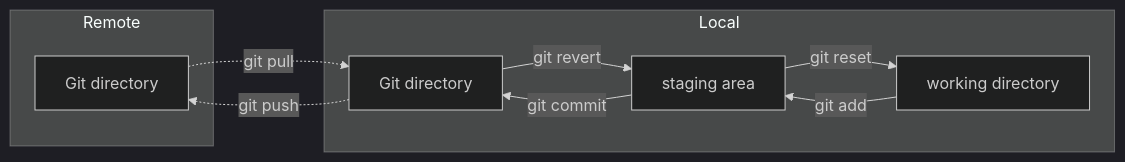
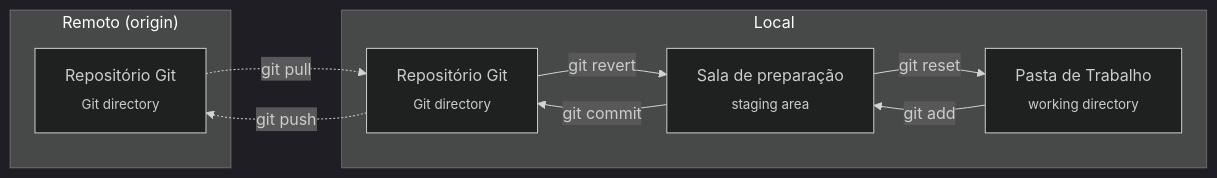
Before and after one commit to yxuo/learning: the diagram in git/courses/rbtech/lessons/lang/pt/lesson-6.pt.md, drawn with Mermaid (dark theme).

Commit message:
fix translate graph of Git commands

````diff
--- a/git/courses/rbtech/lessons/lang/pt/lesson-6.pt.md
+++ b/git/courses/rbtech/lessons/lang/pt/lesson-6.pt.md
@@ -166,18 +166,18 @@
 ```mermaid
 flowchart LR
-    subgraph Remote [Remote]
-        Remote_repo["Git directory"]
+    subgraph Remote ["Remoto (origin)"]
+        Remote_repo["Repositório Git<br><sub>Git directory<sub/>"]
     end
     subgraph Local [Local]
-        workdir["working directory"]
-        stage["staging area"]
-        Local_repo["Git directory"]
+        workdir["Pasta de Trabalho<br><sub>working directory<sub/>"]
+        stage["Sala de preparação<br><sub>staging area<sub/>"]
+        Local_repo["Repositório Git<br><sub>Git directory<sub/>"]
 
         workdir --> |"git add"| stage --> |git commit| Local_repo
         Local_repo -.->  |git push| Remote_repo
         Remote_repo -.->  |git pull| Local_repo
         stage --> |"git reset"| workdir
         Local_repo --> |git revert| stage
 
     end
 ```
````
